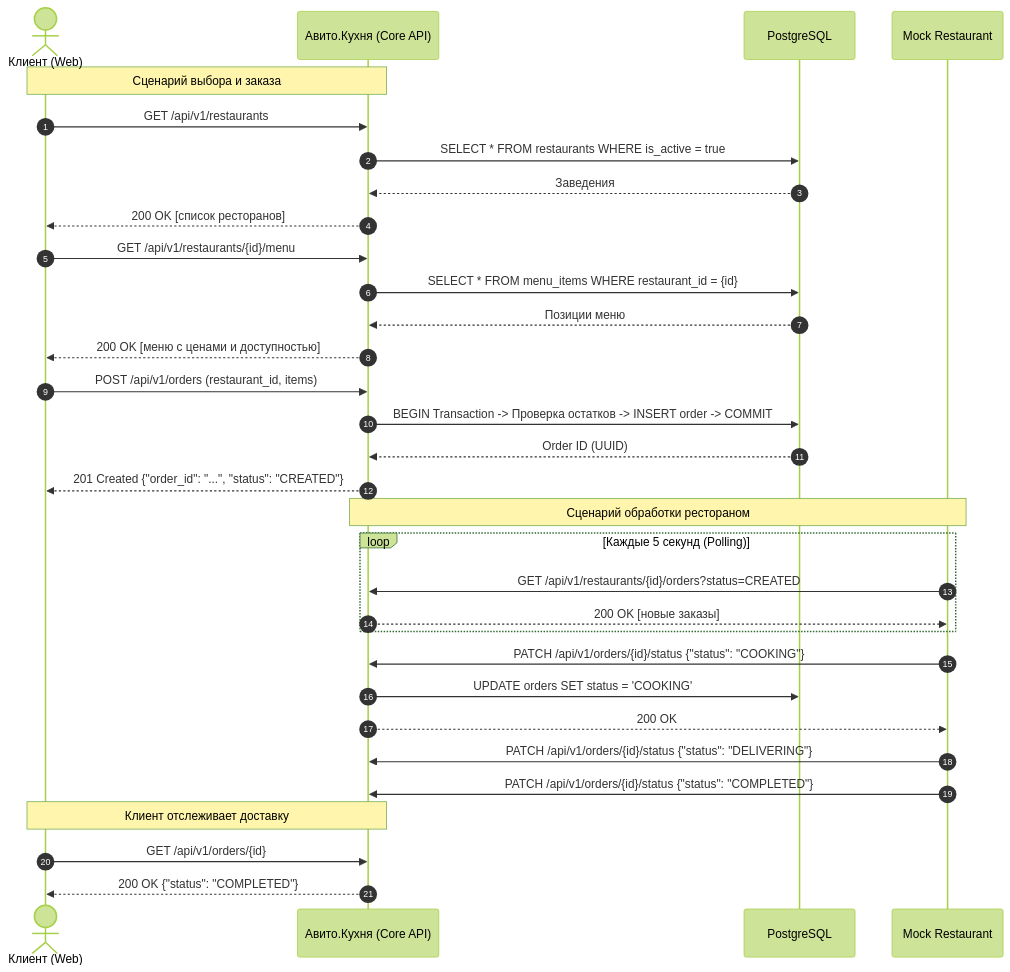
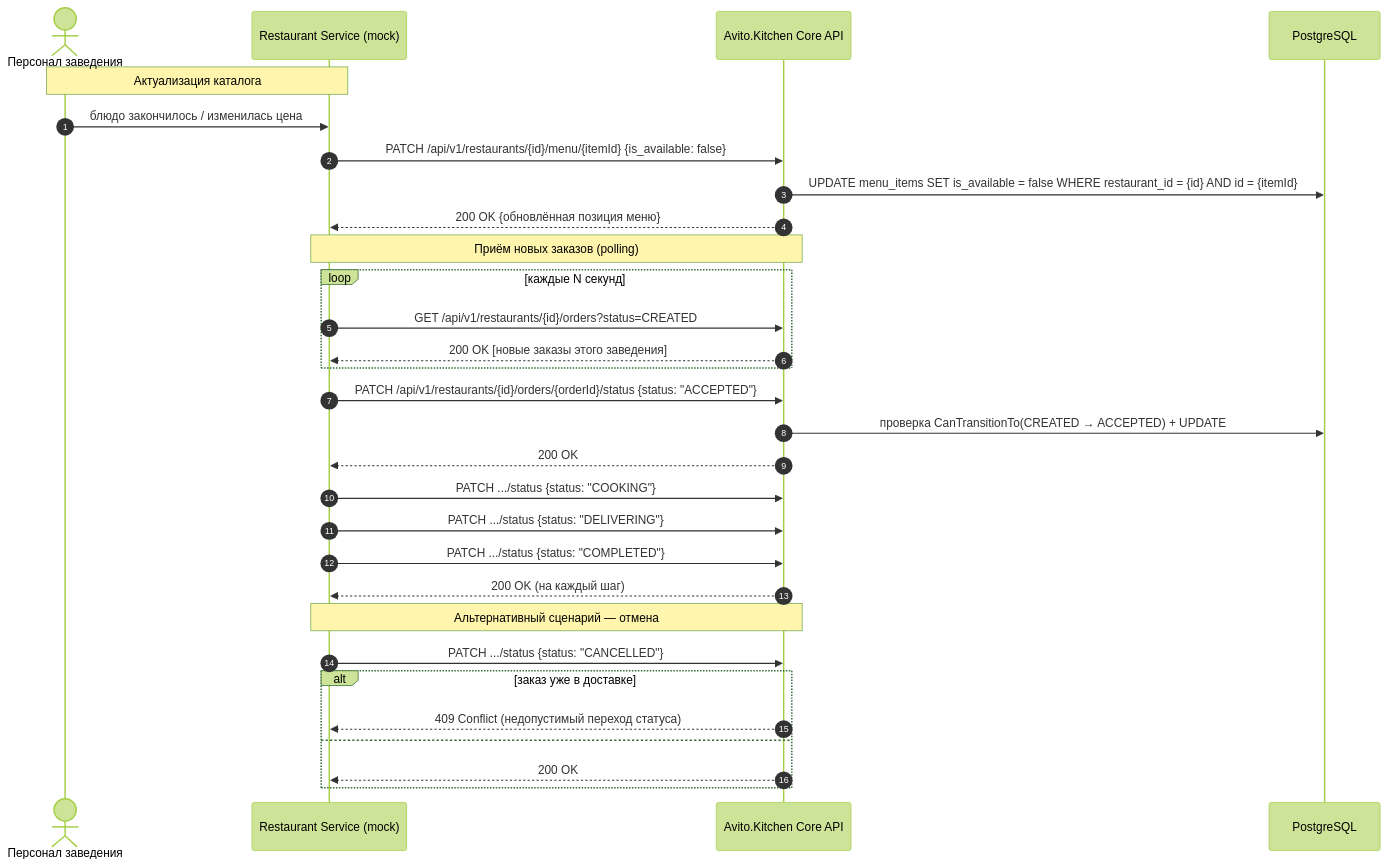
The fourth of 4 diagrams in README.md (mutenify/avito_kitchen), drawn with Mermaid (forest theme) before and after one commit. The commit also changed other lines of this file and 7 other files, not shown here.

````diff
--- a/README.md
+++ b/README.md
@@ -102,41 +146,37 @@
 ```mermaid
 sequenceDiagram
     autonumber
-    actor Client as Клиент (Web)
-    participant API as Авито.Кухня (Core API)
+    actor Staff as Персонал заведения
+    participant Rest as Restaurant Service (mock)
+    participant API as Avito.Kitchen Core API
     participant DB as PostgreSQL
-    participant Rest as Mock Restaurant
 
-    Note over Client, API: Сценарий выбора и заказа
-    Client->>API: GET /api/v1/restaurants
-    API->>DB: SELECT * FROM restaurants WHERE is_active = true
-    DB-->>API: Заведения
-    API-->>Client: 200 OK [список ресторанов]
+    Note over Staff,Rest: Актуализация каталога
+    Staff->>Rest: блюдо закончилось / изменилась цена
+    Rest->>API: PATCH /api/v1/restaurants/{id}/menu/{itemId} {is_available: false}
+    API->>DB: UPDATE menu_items SET is_available = false WHERE restaurant_id = {id} AND id = {itemId}
+    API-->>Rest: 200 OK {обновлённая позиция меню}
 
-    Client->>API: GET /api/v1/restaurants/{id}/menu
-    API->>DB: SELECT * FROM menu_items WHERE restaurant_id = {id}
-    DB-->>API: Позиции меню
-    API-->>Client: 200 OK [меню с ценами и доступностью]
-
-    Client->>API: POST /api/v1/orders (restaurant_id, items)
-    API->>DB: BEGIN Transaction -> Проверка остатков -> INSERT order -> COMMIT
-    DB-->>API: Order ID (UUID)
-    API-->>Client: 201 Created {"order_id": "...", "status": "CREATED"}
-
-    Note over API, Rest: Сценарий обработки рестораном
-    loop Каждые 5 секунд (Polling)
+    Note over Rest,API: Приём новых заказов (polling)
+    loop каждые N секунд
         Rest->>API: GET /api/v1/restaurants/{id}/orders?status=CREATED
-        API-->>Rest: 200 OK [новые заказы]
+        API-->>Rest: 200 OK [новые заказы этого заведения]
     end
 
-    Rest->>API: PATCH /api/v1/orders/{id}/status {"status": "COOKING"}
-    API->>DB: UPDATE orders SET status = 'COOKING'
+    Rest->>API: PATCH /api/v1/restaurants/{id}/orders/{orderId}/status {status: "ACCEPTED"}
+    API->>DB: проверка CanTransitionTo(CREATED → ACCEPTED) + UPDATE
     API-->>Rest: 200 OK
 
-    Rest->>API: PATCH /api/v1/orders/{id}/status {"status": "DELIVERING"}
-    Rest->>API: PATCH /api/v1/orders/{id}/status {"status": "COMPLETED"}
+    Rest->>API: PATCH .../status {status: "COOKING"}
+    Rest->>API: PATCH .../status {status: "DELIVERING"}
+    Rest->>API: PATCH .../status {status: "COMPLETED"}
+    API-->>Rest: 200 OK (на каждый шаг)
 
-    Note over Client, API: Клиент отслеживает доставку
-    Client->>API: GET /api/v1/orders/{id}
-    API-->>Client: 200 OK {"status": "COMPLETED"}
+    Note over Rest,API: Альтернативный сценарий — отмена
+    Rest->>API: PATCH .../status {status: "CANCELLED"}
+    alt заказ уже в доставке
+        API-->>Rest: 409 Conflict (недопустимый переход статуса)
+    else
+        API-->>Rest: 200 OK
+    end
 ```
````
